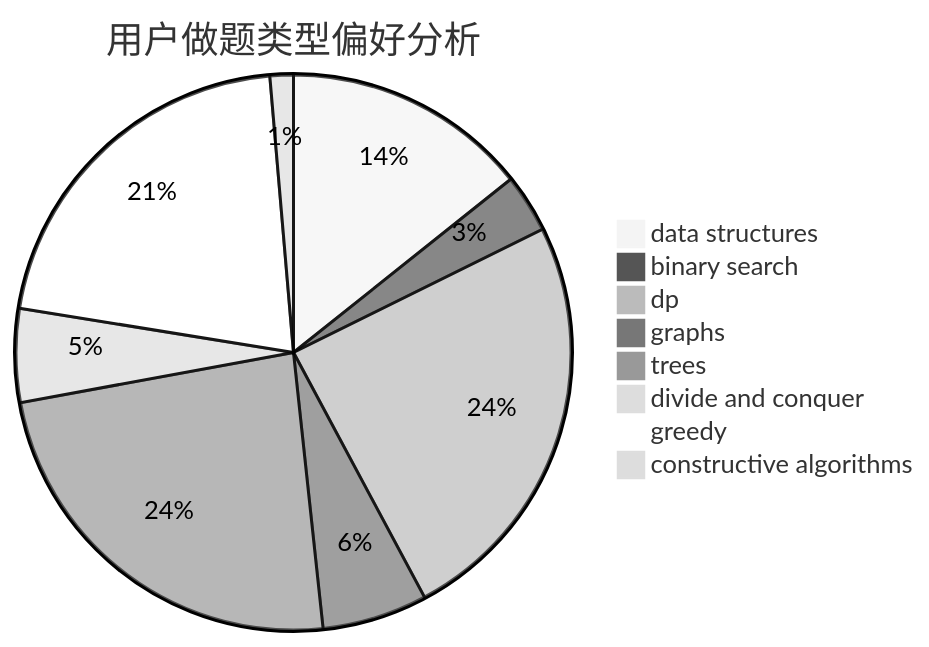
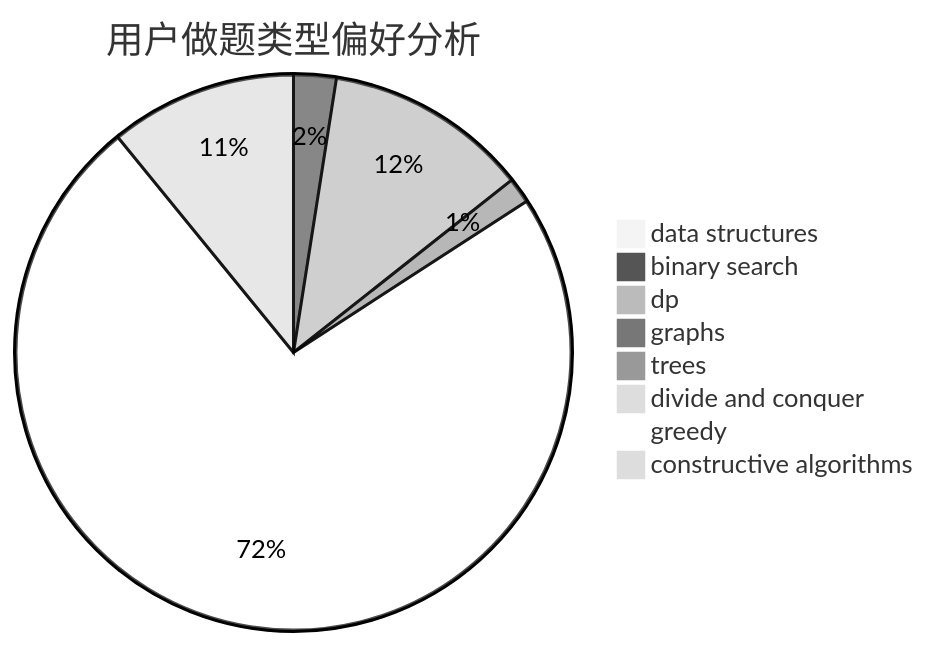
The second of 3 diagrams in docs/user/u2306.md (sherpahu/cfrs.github.io), drawn with Mermaid (neutral theme) before and after one commit. The commit also changed other lines of this file and 2770 other files, not shown here.

````diff
--- a/docs/user/u2306.md
+++ b/docs/user/u2306.md
@@ -23,11 +23,11 @@
 ```mermaid
 pie title 用户做题类型偏好分析
-    "data structures" :  21
+    "data structures" :  0
     "binary search" :  5
-    "dp" :  36
-    "graphs" :  9
-    "trees" :  35
-    "divide and conquer" :  8
-    "greedy" :  31
-    "constructive algorithms" :  2
+    "dp" :  24
+    "graphs" :  2
+    "trees" :  3
+    "divide and conquer" :  1
+    "greedy" :  148
+    "constructive algorithms" :  22
 ```
````
